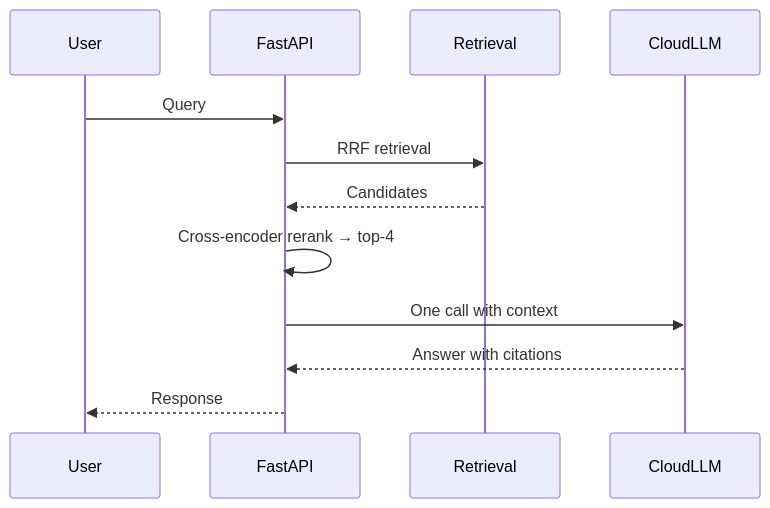
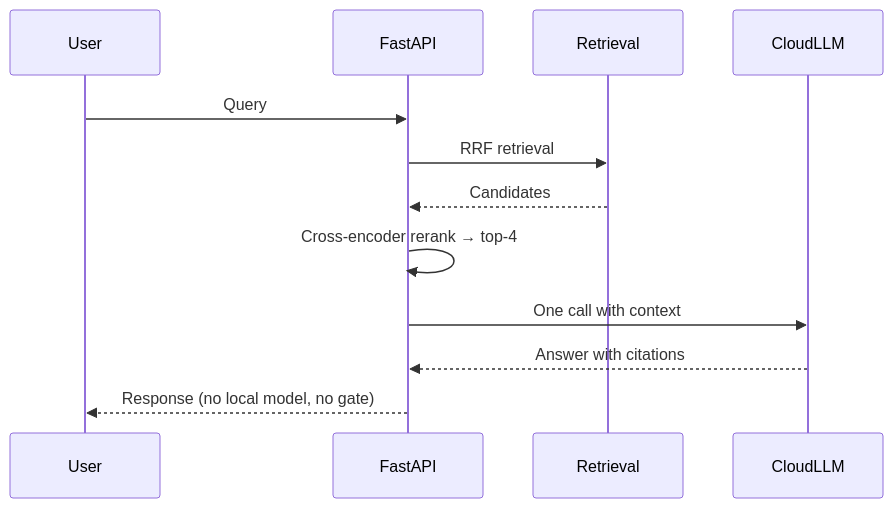
One commit to kanishka-namdeo/jev-rag changed the third of 5 diagrams in docs/architecture.md. Above: the diagram before and after it, drawn with Mermaid. The commit also changed other lines of this file and 18 other files, not shown here.

````diff
--- a/docs/architecture.md
+++ b/docs/architecture.md
@@ -92,15 +86,15 @@
 ```mermaid
 sequenceDiagram
     participant User
     participant FastAPI
     participant Retrieval
     participant CloudLLM
-    
+
     User->>FastAPI: Query
     FastAPI->>Retrieval: RRF retrieval
     Retrieval-->>FastAPI: Candidates
     FastAPI->>FastAPI: Cross-encoder rerank → top-4
     FastAPI->>CloudLLM: One call with context
     CloudLLM-->>FastAPI: Answer with citations
-    FastAPI-->>User: Response
+    FastAPI-->>User: Response (no local model, no gate)
 ```
````
